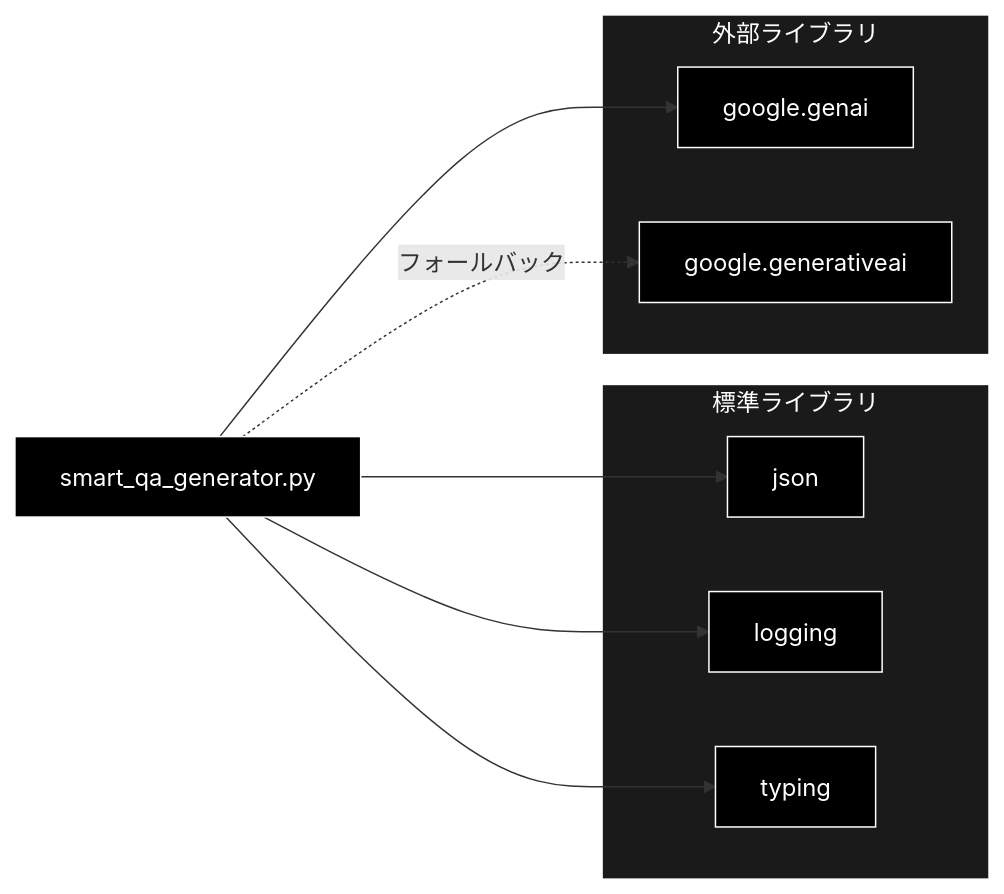
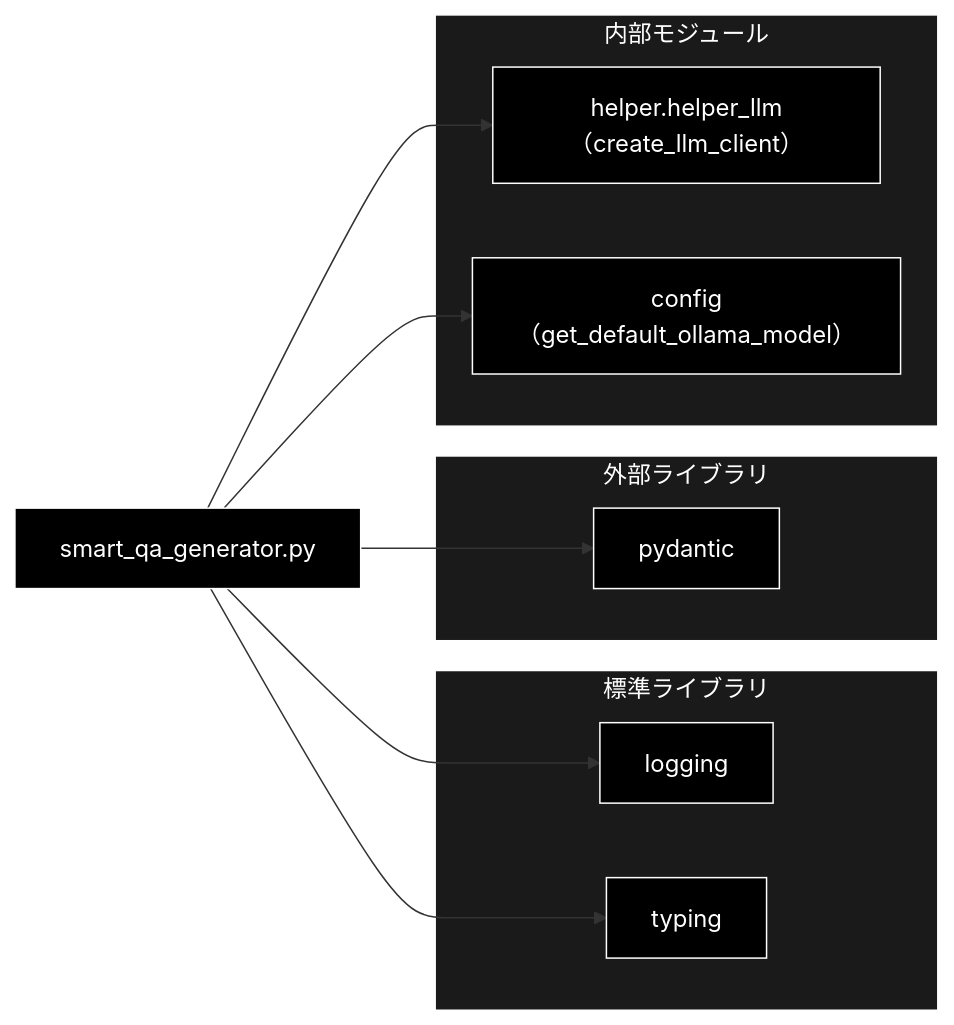
The sixth of 8 diagrams in qa_qdrant/docs/make_qa_qapipeline.md (nakashima2toshio/grace_v2_local), drawn with Mermaid before and after one commit. The commit also changed other lines of this file and 12 other files, not shown here.

````diff
--- a/qa_qdrant/docs/make_qa_qapipeline.md
+++ b/qa_qdrant/docs/make_qa_qapipeline.md
@@ -879,26 +856,30 @@
 ```mermaid
 flowchart LR
     SMART_GEN[smart_qa_generator.py]
 
     subgraph STDLIB["標準ライブラリ"]
-        JSON[json]
         LOGGING[logging]
         TYPING[typing]
     end
 
     subgraph EXTERNAL["外部ライブラリ"]
-        GENAI_NEW[google.genai]
-        GENAI_OLD[google.generativeai]
+        PYDANTIC[pydantic]
     end
 
-    SMART_GEN --> JSON
+    subgraph INTERNAL["内部モジュール"]
+        HELPER_LLM["helper.helper_llm（create_llm_client）"]
+        CONFIG["config（get_default_ollama_model）"]
+    end
+
     SMART_GEN --> LOGGING
     SMART_GEN --> TYPING
-    SMART_GEN --> GENAI_NEW
-    SMART_GEN -.->|フォールバック| GENAI_OLD
+    SMART_GEN --> PYDANTIC
+    SMART_GEN --> HELPER_LLM
+    SMART_GEN --> CONFIG
 classDef default fill:#000,stroke:#fff,color:#fff
 classDef subgraphStyle fill:#1a1a1a,stroke:#fff,color:#fff
-class SMART_GEN,JSON,LOGGING,TYPING,GENAI_NEW,GENAI_OLD default
+class SMART_GEN,LOGGING,TYPING,PYDANTIC,HELPER_LLM,CONFIG default
 style STDLIB fill:#1a1a1a,stroke:#fff,color:#fff
 style EXTERNAL fill:#1a1a1a,stroke:#fff,color:#fff
+style INTERNAL fill:#1a1a1a,stroke:#fff,color:#fff
 ```
````
